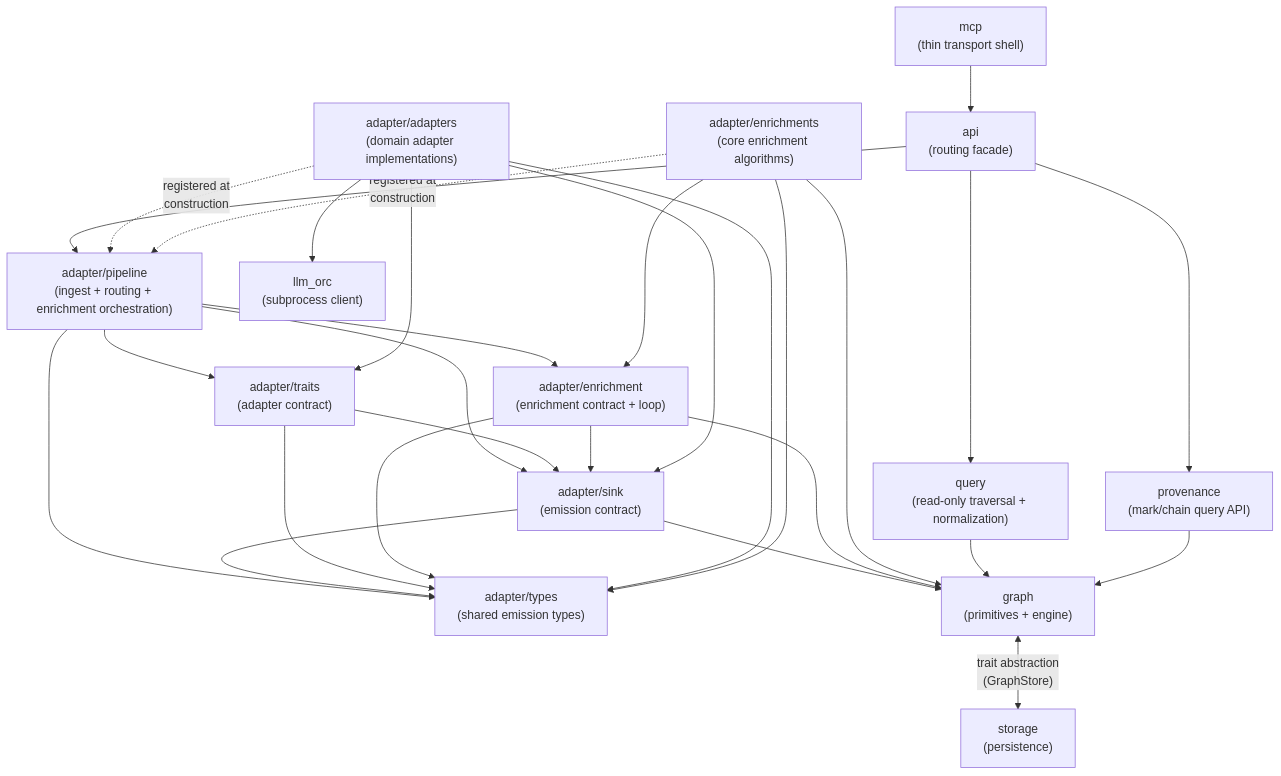
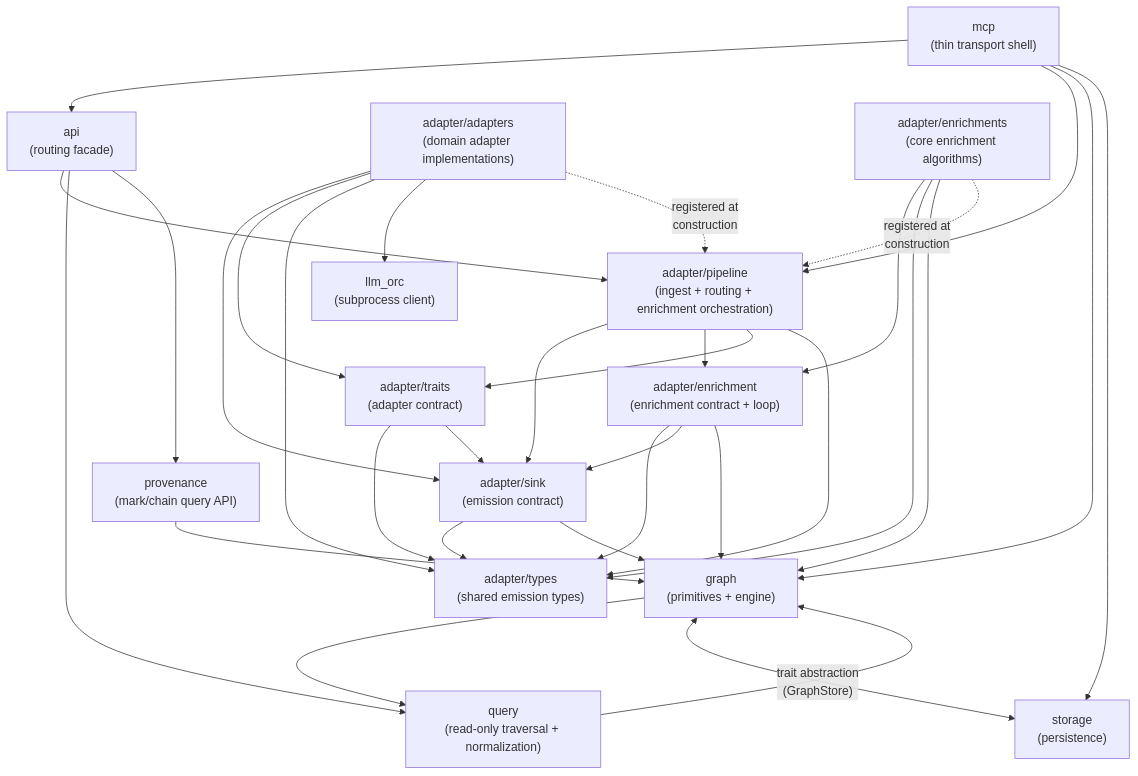
The fifth of 5 diagrams in docs/system-design.md (nrgforge/plexus), drawn with Mermaid before and after one commit. The commit also changed other lines of this file and 5 other files, not shown here.

````diff
--- a/docs/system-design.md
+++ b/docs/system-design.md
@@ -400,54 +400,58 @@
 ```mermaid
 flowchart TD
     mcp_mod["mcp<br>(thin transport shell)"]
     api_mod["api<br>(routing facade)"]
     pipeline_mod["adapter/pipeline<br>(ingest + routing + enrichment orchestration)"]
     query_mod["query<br>(read-only traversal + normalization)"]
     prov_mod["provenance<br>(mark/chain query API)"]
     sink_mod["adapter/sink<br>(emission contract)"]
     traits_mod["adapter/traits<br>(adapter contract)"]
     enrichment_mod["adapter/enrichment<br>(enrichment contract + loop)"]
     types_mod["adapter/types<br>(shared emission types)"]
     adapters_mod["adapter/adapters<br>(domain adapter implementations)"]
     enrichments_mod["adapter/enrichments<br>(core enrichment algorithms)"]
     graph_mod["graph<br>(primitives + engine)"]
     storage_mod["storage<br>(persistence)"]
     llm_orc_mod["llm_orc<br>(subprocess client)"]
 
     mcp_mod --> api_mod
+    mcp_mod --> pipeline_mod
+    mcp_mod --> graph_mod
+    mcp_mod --> storage_mod
     api_mod --> pipeline_mod
     api_mod --> query_mod
     api_mod --> prov_mod
 
     pipeline_mod --> sink_mod
     pipeline_mod --> enrichment_mod
     pipeline_mod --> traits_mod
     pipeline_mod --> types_mod
 
     sink_mod --> types_mod
     sink_mod --> graph_mod
 
     traits_mod --> types_mod
     traits_mod --> sink_mod
 
     enrichment_mod --> types_mod
     enrichment_mod --> sink_mod
     enrichment_mod --> graph_mod
 
     adapters_mod --> sink_mod
     adapters_mod --> traits_mod
     adapters_mod --> types_mod
     adapters_mod --> llm_orc_mod
 
     enrichments_mod --> enrichment_mod
     enrichments_mod --> types_mod
     enrichments_mod --> graph_mod
 
     query_mod --> graph_mod
     prov_mod --> graph_mod
 
+    graph_mod --> query_mod
     graph_mod <-->|"trait abstraction<br>(GraphStore)"| storage_mod
 
     adapters_mod -.->|"registered at<br>construction"| pipeline_mod
     enrichments_mod -.->|"registered at<br>construction"| pipeline_mod
 ```
````
